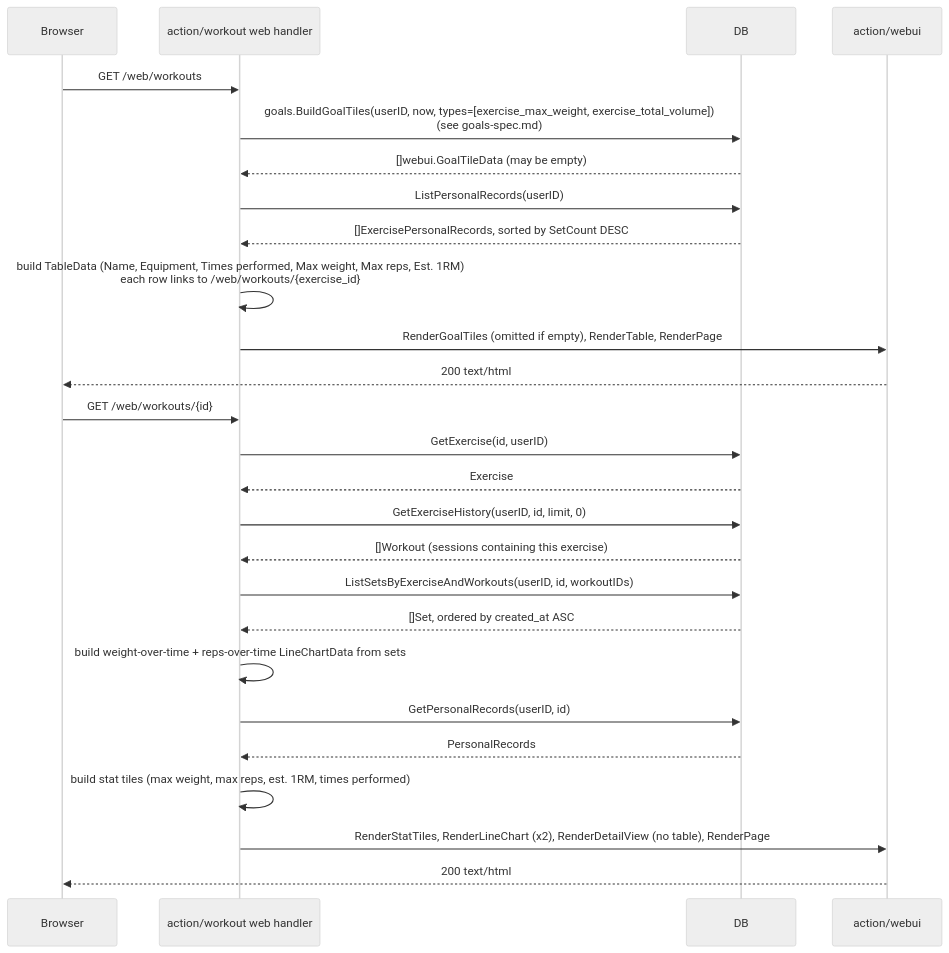
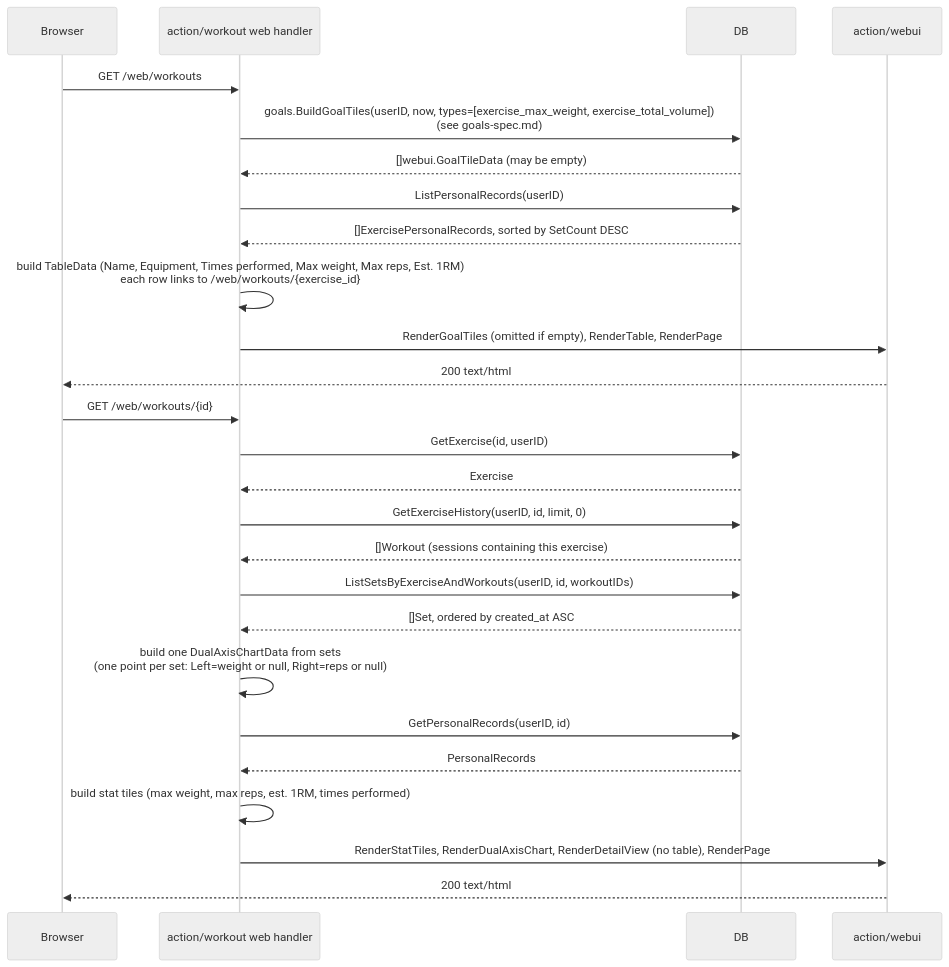
Before and after one commit to rusinikita/personal: the sixth of 6 diagrams in docs/functions/workout-spec.md, drawn with Mermaid (neutral theme). The commit also changed other lines of this file and 9 other files, not shown here.

First line of the commit message:
feat(workout): show weight and reps on one dual-axis chart on the exercise page

````diff
--- a/docs/functions/workout-spec.md
+++ b/docs/functions/workout-spec.md
@@ -172,30 +173,30 @@
 ```mermaid
 sequenceDiagram
     participant Browser
     participant Handler as action/workout web handler
     participant DB
     participant Webui as action/webui
 
     Browser->>Handler: GET /web/workouts
     Handler->>DB: goals.BuildGoalTiles(userID, now, types=[exercise_max_weight, exercise_total_volume])<br/>(see goals-spec.md)
     DB-->>Handler: []webui.GoalTileData (may be empty)
     Handler->>DB: ListPersonalRecords(userID)
     DB-->>Handler: []ExercisePersonalRecords, sorted by SetCount DESC
     Handler->>Handler: build TableData (Name, Equipment, Times performed, Max weight, Max reps, Est. 1RM)<br/>each row links to /web/workouts/{exercise_id}
     Handler->>Webui: RenderGoalTiles (omitted if empty), RenderTable, RenderPage
     Webui-->>Browser: 200 text/html
 
     Browser->>Handler: GET /web/workouts/{id}
     Handler->>DB: GetExercise(id, userID)
     DB-->>Handler: Exercise
     Handler->>DB: GetExerciseHistory(userID, id, limit, 0)
     DB-->>Handler: []Workout (sessions containing this exercise)
     Handler->>DB: ListSetsByExerciseAndWorkouts(userID, id, workoutIDs)
     DB-->>Handler: []Set, ordered by created_at ASC
-    Handler->>Handler: build weight-over-time + reps-over-time LineChartData from sets
+    Handler->>Handler: build one DualAxisChartData from sets<br/>(one point per set: Left=weight or null, Right=reps or null)
     Handler->>DB: GetPersonalRecords(userID, id)
     DB-->>Handler: PersonalRecords
     Handler->>Handler: build stat tiles (max weight, max reps, est. 1RM, times performed)
-    Handler->>Webui: RenderStatTiles, RenderLineChart (x2), RenderDetailView (no table), RenderPage
+    Handler->>Webui: RenderStatTiles, RenderDualAxisChart, RenderDetailView (no table), RenderPage
     Webui-->>Browser: 200 text/html
 ```
````
